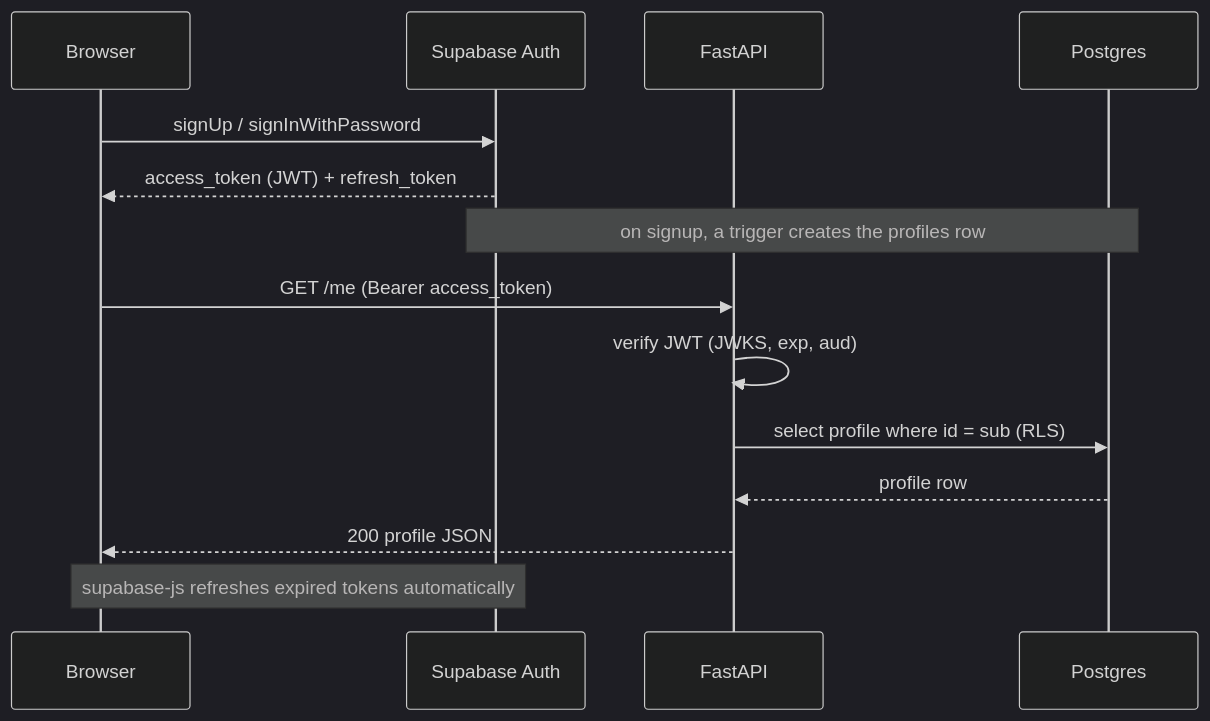
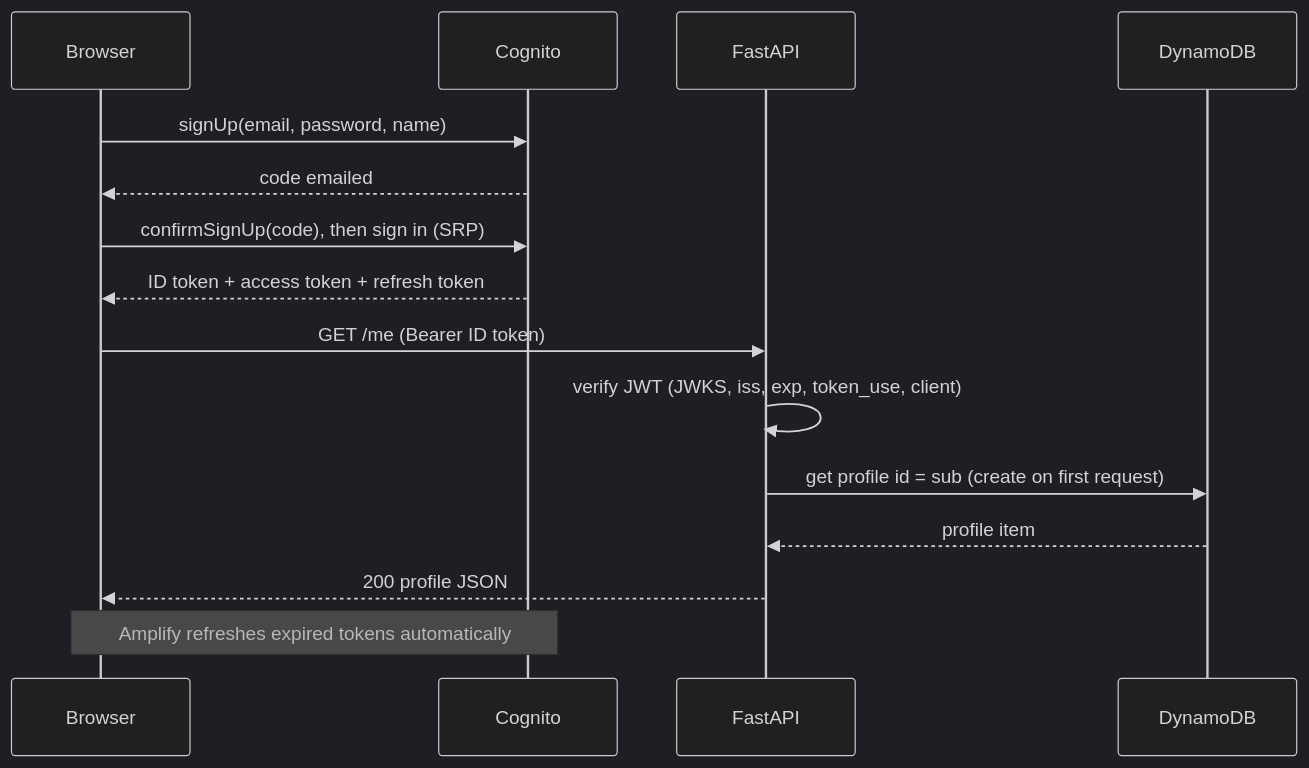
Before and after one commit to PatPrograming/HomeFront: the second of 2 diagrams in docs/ARCHITECTURE.md, drawn with Mermaid (dark theme). The commit also changed other lines of this file and 37 other files, not shown here.

Commit message:
Update to dynamo and cognito

````diff
--- a/docs/ARCHITECTURE.md
+++ b/docs/ARCHITECTURE.md
@@ -69,16 +72,17 @@
 ```mermaid
 sequenceDiagram
     participant B as Browser
-    participant S as Supabase Auth
+    participant C as Cognito
     participant A as FastAPI
-    participant D as Postgres
-    B->>S: signUp / signInWithPassword
-    S-->>B: access_token (JWT) + refresh_token
-    Note over S,D: on signup, a trigger creates the profiles row
-    B->>A: GET /me (Bearer access_token)
-    A->>A: verify JWT (JWKS, exp, aud)
-    A->>D: select profile where id = sub (RLS)
-    D-->>A: profile row
+    participant D as DynamoDB
+    B->>C: signUp(email, password, name)
+    C-->>B: code emailed
+    B->>C: confirmSignUp(code), then sign in (SRP)
+    C-->>B: ID token + access token + refresh token
+    B->>A: GET /me (Bearer ID token)
+    A->>A: verify JWT (JWKS, iss, exp, token_use, client)
+    A->>D: get profile id = sub (create on first request)
+    D-->>A: profile item
     A-->>B: 200 profile JSON
-    Note over B,S: supabase-js refreshes expired tokens automatically
+    Note over B,C: Amplify refreshes expired tokens automatically
 ```
````
